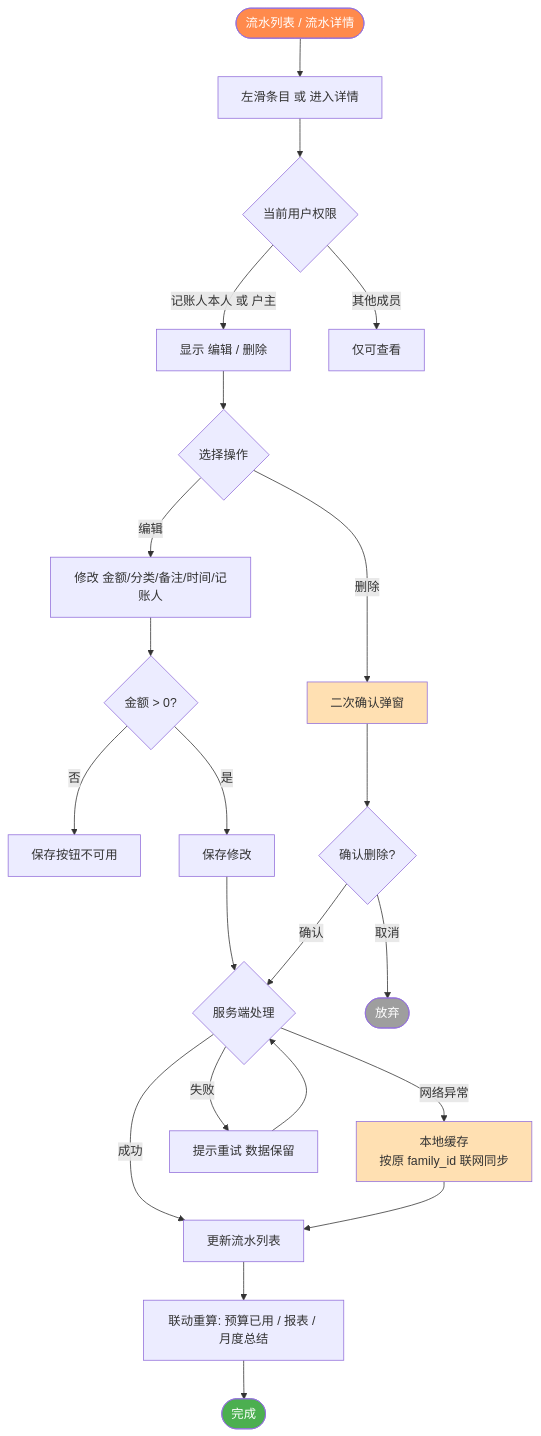
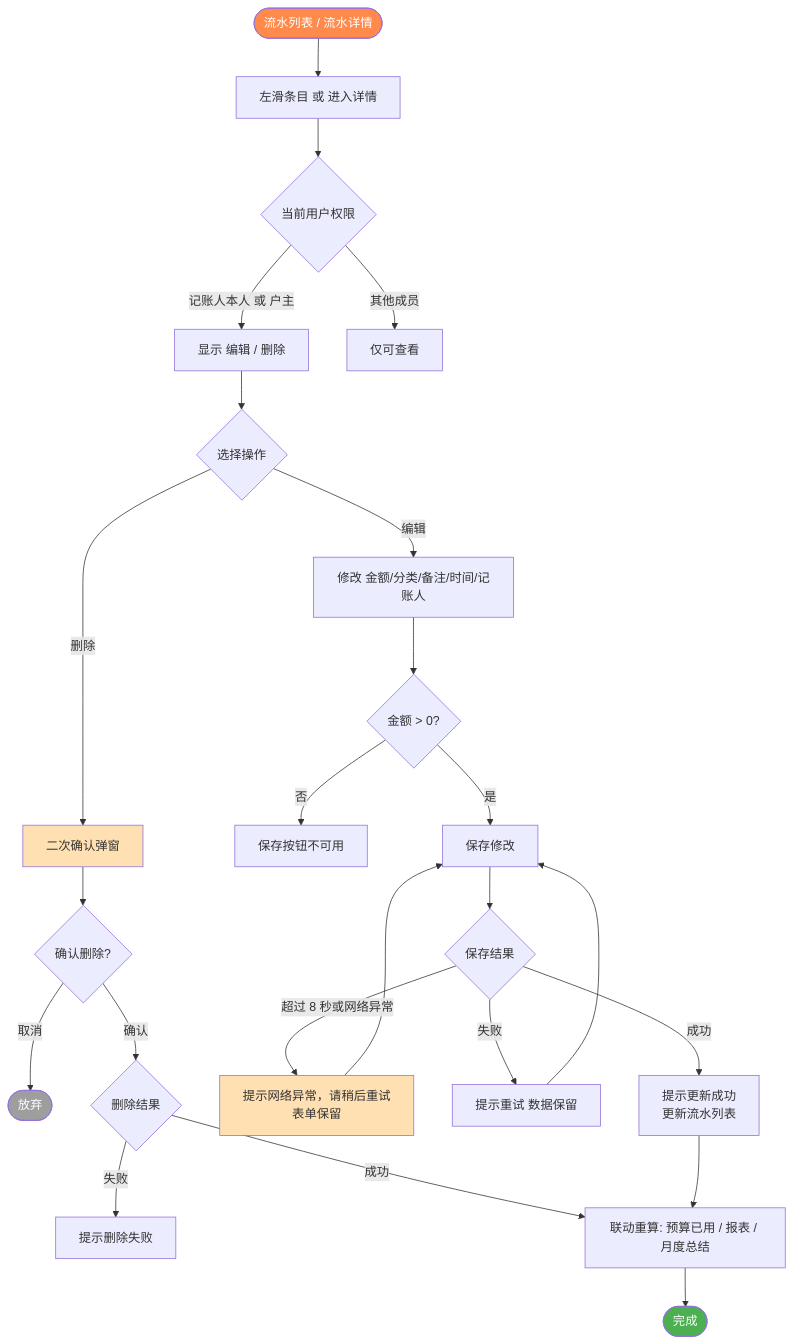
Diagram 11 of 16 in docs/PRD.md (raochen0000/HomeBook), drawn with Mermaid before and after one commit. The commit also changed other lines of this file and 10 other files, not shown here.

````diff
--- a/docs/PRD.md
+++ b/docs/PRD.md
@@ -1190,36 +1191,38 @@
 ```mermaid
 flowchart TD
     A([流水列表 / 流水详情]) --> B[左滑条目 或 进入详情]
     B --> C{当前用户权限}
     C -- 记账人本人 或 户主 --> D[显示 编辑 / 删除]
     C -- 其他成员 --> C1[仅可查看]
 
     D --> E{选择操作}
     E -- 编辑 --> F[修改 金额/分类/备注/时间/记账人]
     E -- 删除 --> G[二次确认弹窗]
 
     F --> F1{金额 > 0?}
     F1 -- 否 --> F1a[保存按钮不可用]
     F1 -- 是 --> F2[保存修改]
-    F2 --> H{服务端处理}
+    F2 --> H{保存结果}
 
     G --> G1{确认删除?}
     G1 -- 取消 --> Z1([放弃])
-    G1 -- 确认 --> H
+    G1 -- 确认 --> HD{删除结果}
+    HD -- 失败 --> HDF[提示删除失败]
+    HD -- 成功 --> J
 
-    H -- 网络异常 --> H1[本地缓存<br/>按原 family_id 联网同步]
+    H -- 超过 8 秒或网络异常 --> H1[提示网络异常，请稍后重试<br/>表单保留]
     H -- 失败 --> H2[提示重试 数据保留]
-    H -- 成功 --> I[更新流水列表]
+    H -- 成功 --> I[提示更新成功<br/>更新流水列表]
 
-    H2 --> H
-    H1 --> I
+    H2 --> F2
+    H1 --> F2
 
     I --> J[联动重算: 预算已用 / 报表 / 月度总结]
     J --> Z2([完成])
 
     style A fill:#FF8A4C,color:#fff
     style Z1 fill:#9E9E9E,color:#fff
     style Z2 fill:#4CAF50,color:#fff
     style G fill:#FFE0B2
     style H1 fill:#FFE0B2
 ```
````
